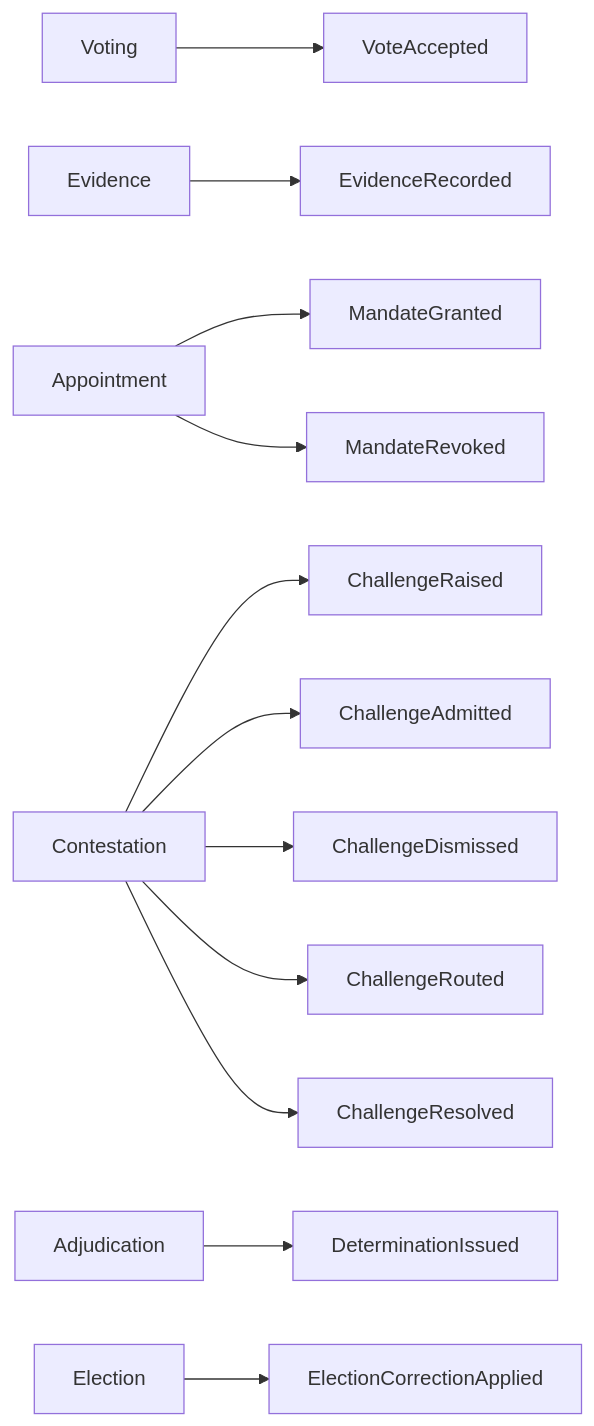
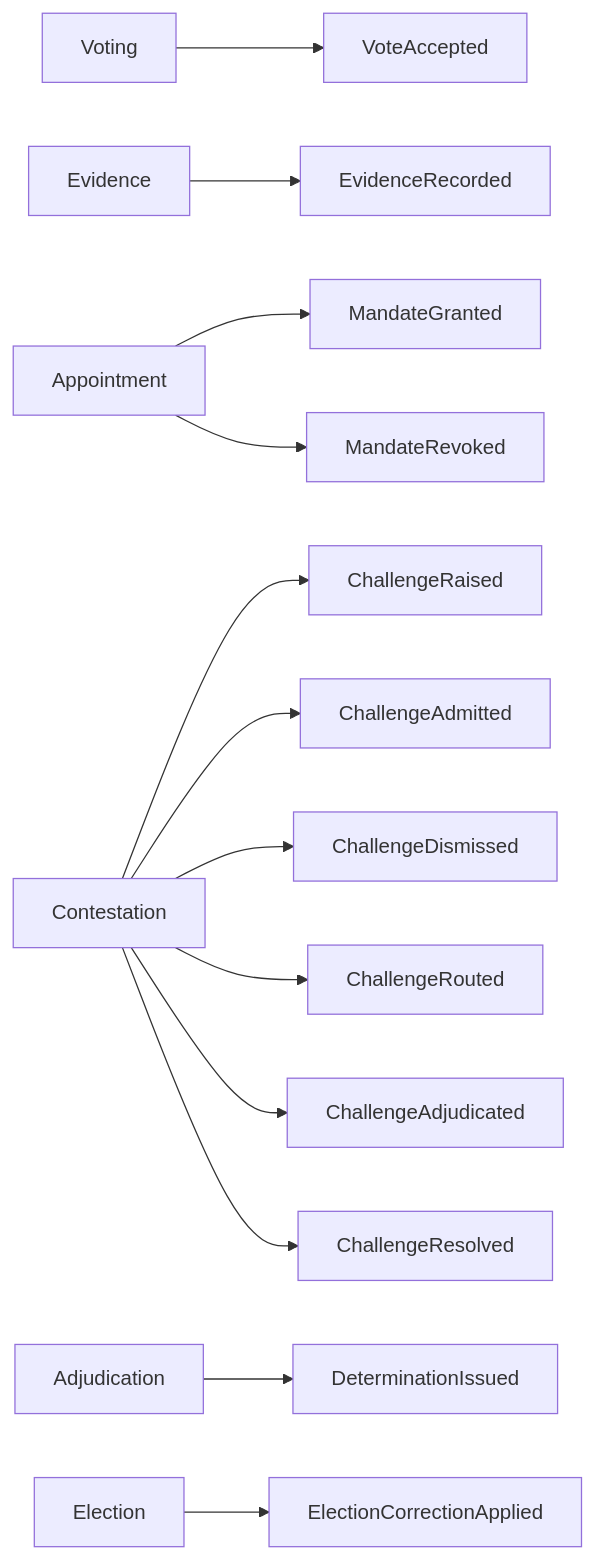
Before and after one commit to dr-roshyara/nrna1: the diagram in docs/implementation/Canonical_Event_Catalog_v1.0.md, drawn with Mermaid. The commit also changed other lines of this file and 108 other files, not shown here.

First line of the commit message:
docs(B1): ADR-T20 (Adjudicated != Resolved) + ADR-T17 resolved; update 50-07 + Event Catalog

````diff
--- a/docs/implementation/Canonical_Event_Catalog_v1.0.md
+++ b/docs/implementation/Canonical_Event_Catalog_v1.0.md
@@ -23,9 +24,9 @@
 ```mermaid
 flowchart LR
     Voting --> VoteAccepted
     Evidence --> EvidenceRecorded
     Appointment --> MandateGranted & MandateRevoked
-    Contestation --> ChallengeRaised & ChallengeAdmitted & ChallengeDismissed & ChallengeRouted & ChallengeResolved
+    Contestation --> ChallengeRaised & ChallengeAdmitted & ChallengeDismissed & ChallengeRouted & ChallengeAdjudicated & ChallengeResolved
     Adjudication --> DeterminationIssued
     Election --> ElectionCorrectionApplied
 ```
````
